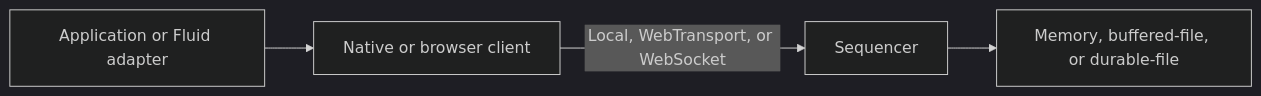
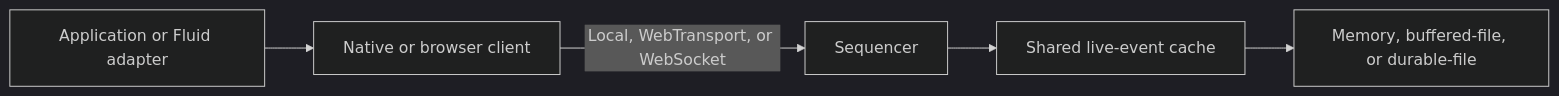
Before and after one commit to microsoft/FluidFramework: the first of 6 diagrams in rust-service/historical/PROJECT_OVERVIEW.md, drawn with Mermaid (dark theme). The commit also changed other lines of this file and 4 other files, not shown here.

````diff
--- a/rust-service/historical/PROJECT_OVERVIEW.md
+++ b/rust-service/historical/PROJECT_OVERVIEW.md
@@ -19,6 +20,7 @@
 ```mermaid
 flowchart LR
    Application[Application or Fluid adapter] --> Client[Native or browser client]
-  Client -->|Local, WebTransport, or WebSocket| Sequencer[Sequencer]
-   Sequencer --> Storage[Memory, buffered-file, or durable-file]
+   Client -->|Local, WebTransport, or WebSocket| Sequencer[Sequencer]
+   Sequencer --> Cache[Shared live-event cache]
+   Cache --> Storage[Memory, buffered-file, or durable-file]
 ```
````
